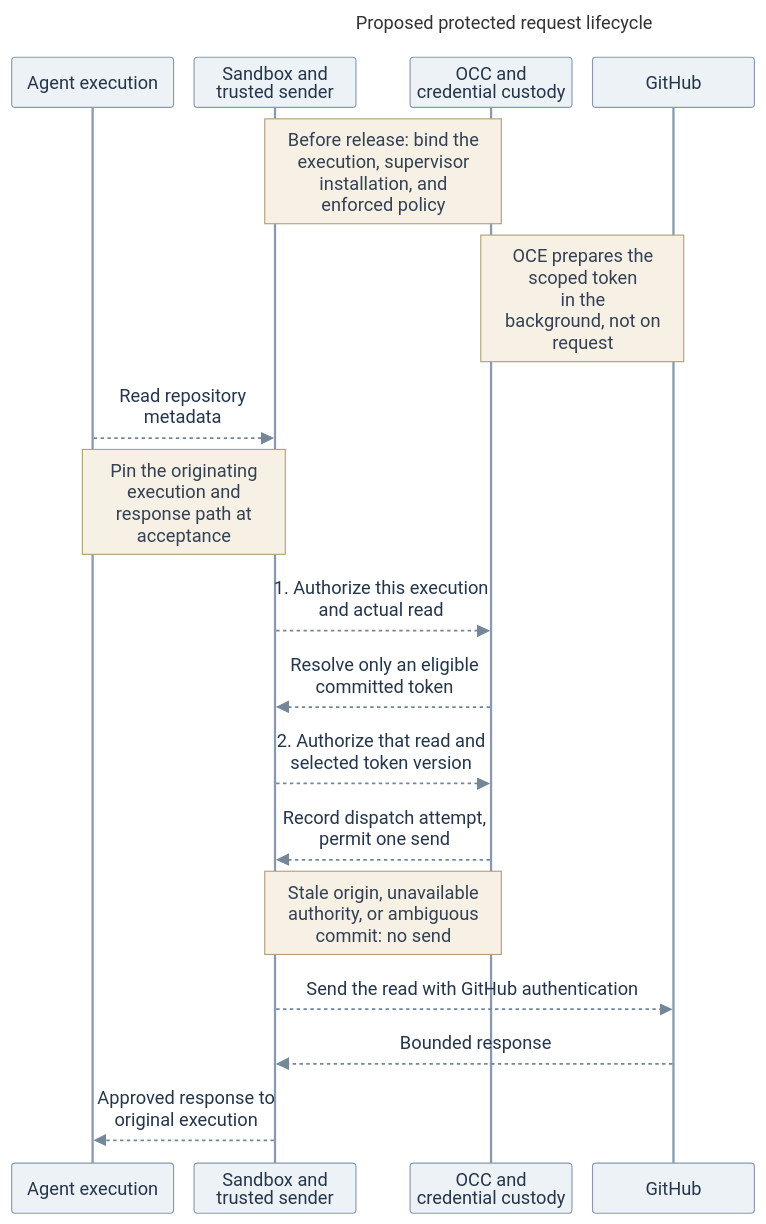
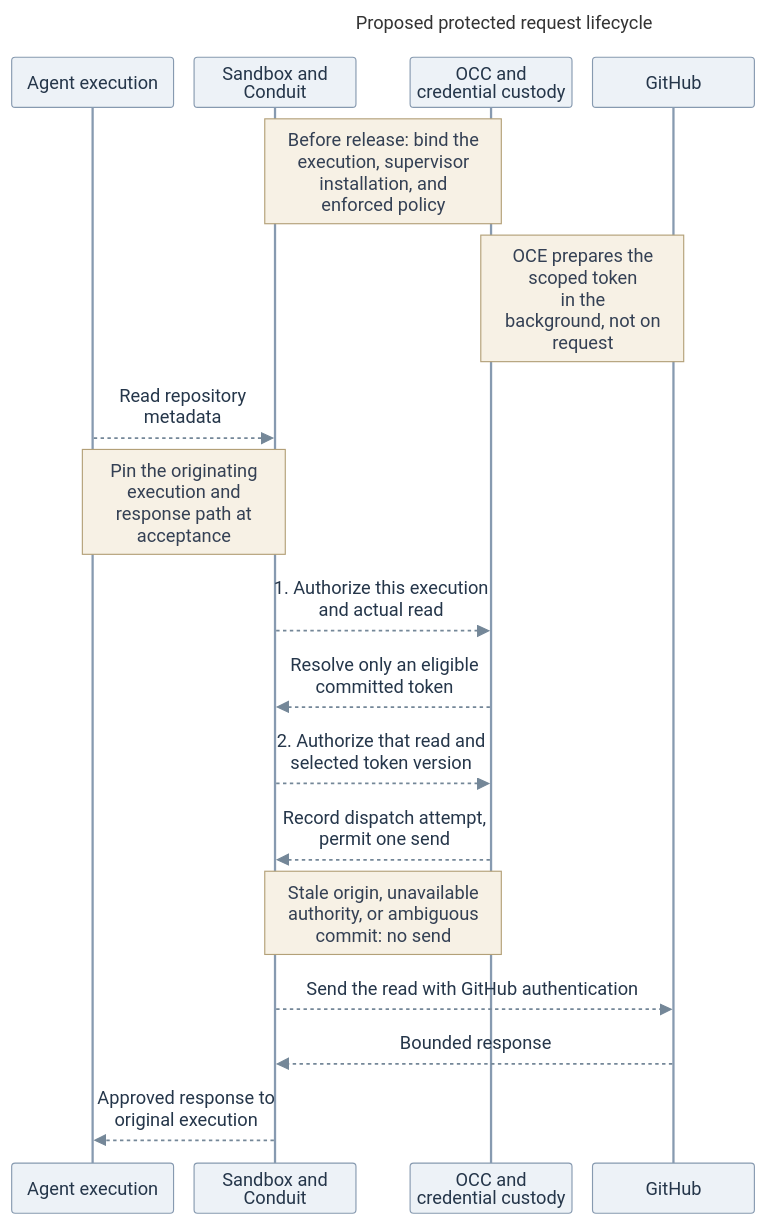
One commit to anmol0b/openclaw-enterprise changed the diagram in specs/rfcs/0020-egress-proxy-credential-lifecycle/assets/request-lifecycle.mmd. Above: the diagram before and after it, drawn with Mermaid. The commit also changed 6 other files, not shown here.

Commit message:
Update Conduit diagrams and RFC index

```diff
--- a/specs/rfcs/0020-egress-proxy-credential-lifecycle/assets/request-lifecycle.mmd
+++ b/specs/rfcs/0020-egress-proxy-credential-lifecycle/assets/request-lifecycle.mmd
@@ -1,48 +1,48 @@
 ---
 title: "Proposed protected request lifecycle"
 config:
   theme: base
   htmlLabels: true
   themeVariables:
     fontFamily: "Arial, sans-serif"
     fontSize: "16px"
     actorBkg: "#EDF2F7"
     actorBorder: "#879AB0"
     actorTextColor: "#25364A"
     noteBkgColor: "#F7F1E5"
     noteBorderColor: "#B3A078"
     noteTextColor: "#344054"
     signalColor: "#748798"
     signalTextColor: "#25364A"
   sequence:
     useMaxWidth: false
     actorMargin: 18
     width: 142
     height: 44
     diagramMarginX: 12
     diagramMarginY: 12
     messageMargin: 16
     noteMargin: 8
     mirrorActors: true
     wrap: true
 ---
 sequenceDiagram
   participant A as Agent execution
-  participant F as Sandbox and<br/>trusted sender
+  participant F as Sandbox and<br/>Conduit
   participant C as OCC and<br/>credential custody
   participant G as GitHub
 
   Note over F,C: Before release: bind the execution, supervisor<br/>installation, and enforced policy
   Note over C,G: OCE prepares the scoped token<br/>in the background, not on request
 
   A-->>F: Read repository metadata
   Note over A,F: Pin the originating execution and response path at acceptance
   F-->>C: 1. Authorize this execution and actual read
   C-->>F: Resolve only an eligible committed token
   F-->>C: 2. Authorize that read and selected token version
   C-->>F: Record dispatch attempt, permit one send
   Note over F,C: Stale origin, unavailable authority, or ambiguous commit: no send
 
   F-->>G: Send the read with GitHub authentication
   G-->>F: Bounded response
   F-->>A: Approved response to original execution
```
